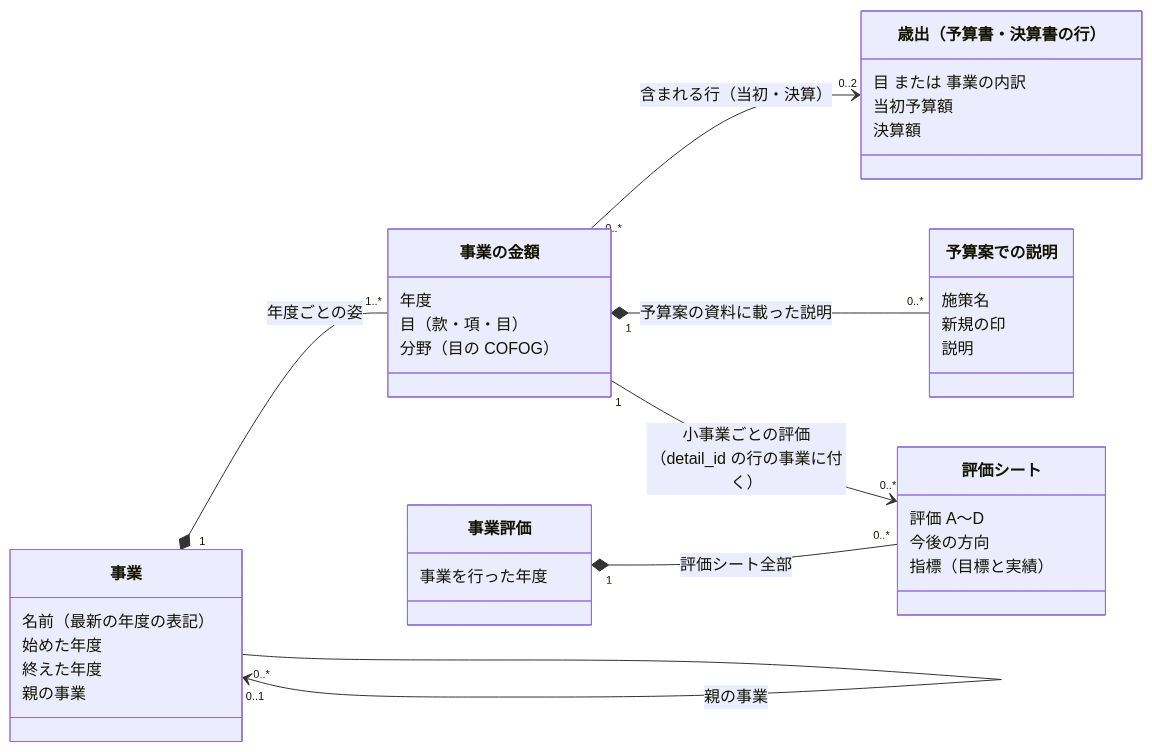
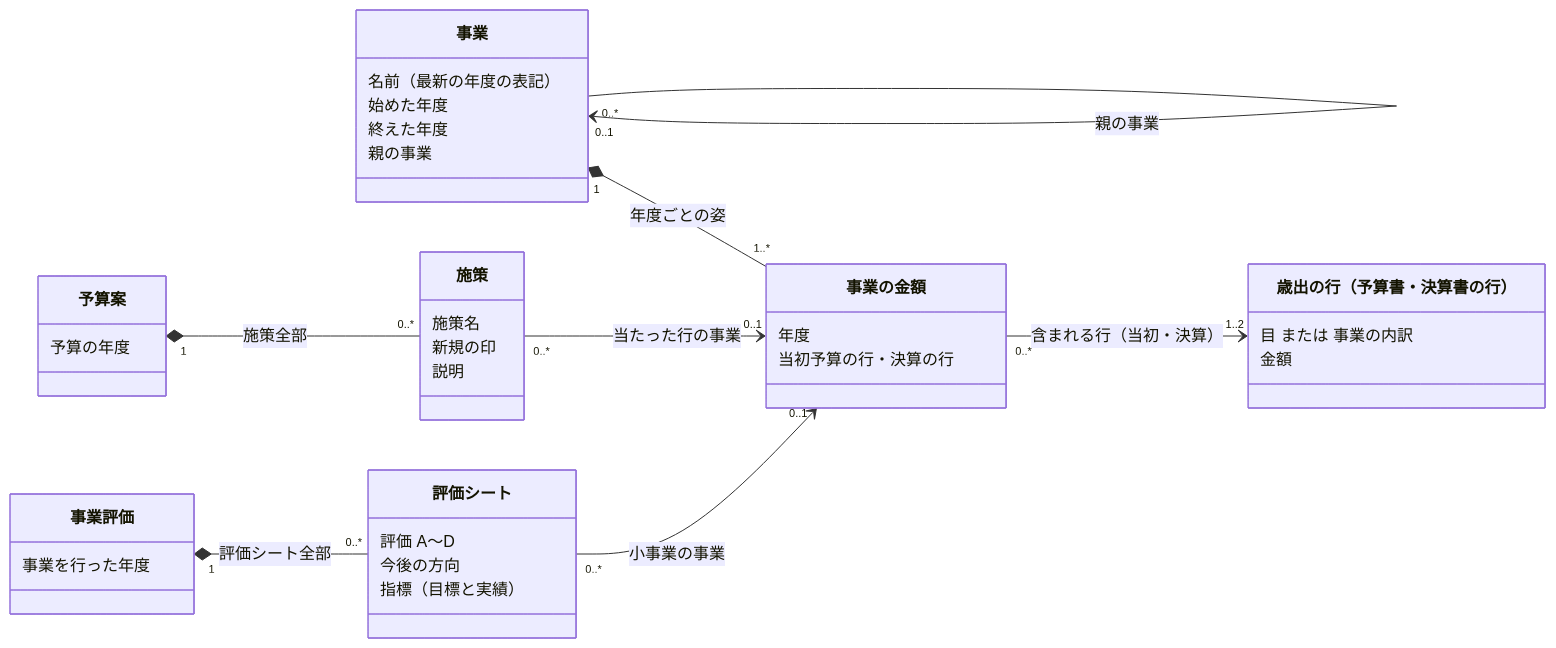
The diagram in docs/prd/jurisdiction-page-data/project-domain-model.md (fudoki-hensansitu/fudoki), drawn with Mermaid before and after one commit. The commit also changed other lines of this file and 6 other files, not shown here.

````diff
--- a/docs/prd/jurisdiction-page-data/project-domain-model.md
+++ b/docs/prd/jurisdiction-page-data/project-domain-model.md
@@ -17,39 +18,41 @@
 ```mermaid
 classDiagram
     direction LR
     class Project["事業"] {
         名前（最新の年度の表記）
         始めた年度
         終えた年度
         親の事業
     }
     class ProjectYear["事業の金額"] {
         年度
-        目（款・項・目）
-        分野（目の COFOG）
+        当初予算の行・決算の行
     }
-    class Briefing["予算案での説明"] {
-        施策名
-        新規の印
-        説明
-    }
-    class Expenditure["歳出（予算書・決算書の行）"] {
+    class Expenditure["歳出の行（予算書・決算書の行）"] {
         目 または 事業の内訳
-        当初予算額
-        決算額
+        金額
     }
     class EvaluationRoot["事業評価"] {
         事業を行った年度
     }
     class Evaluation["評価シート"] {
         評価 A〜D
         今後の方向
         指標（目標と実績）
     }
+    class BudgetRoot["予算案"] {
+        予算の年度
+    }
+    class Initiative["施策"] {
+        施策名
+        新規の印
+        説明
+    }
     Project "1" *-- "1..*" ProjectYear : 年度ごとの姿
     Project "0..1" <-- "0..*" Project : 親の事業
-    ProjectYear "0..*" --> "0..2" Expenditure : 含まれる行（当初・決算）
+    ProjectYear "0..*" --> "1..2" Expenditure : 含まれる行（当初・決算）
     EvaluationRoot "1" *-- "0..*" Evaluation : 評価シート全部
-    ProjectYear "1" --> "0..*" Evaluation : 小事業ごとの評価（detail_id の行の事業に付く）
-    ProjectYear "1" *-- "0..*" Briefing : 予算案の資料に載った説明
+    Evaluation "0..*" --> "0..1" ProjectYear : 小事業の事業
+    BudgetRoot "1" *-- "0..*" Initiative : 施策全部
+    Initiative "0..*" --> "0..1" ProjectYear : 当たった行の事業
 ```
````
